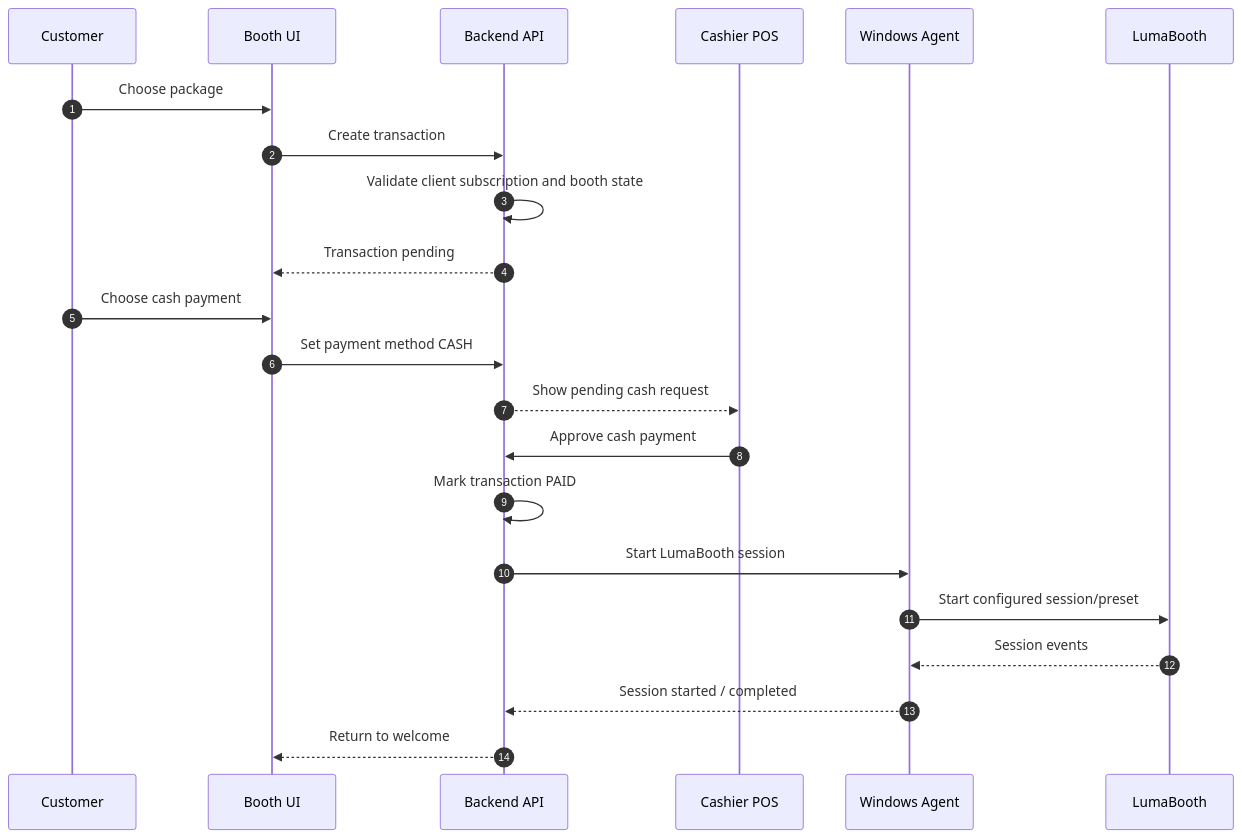
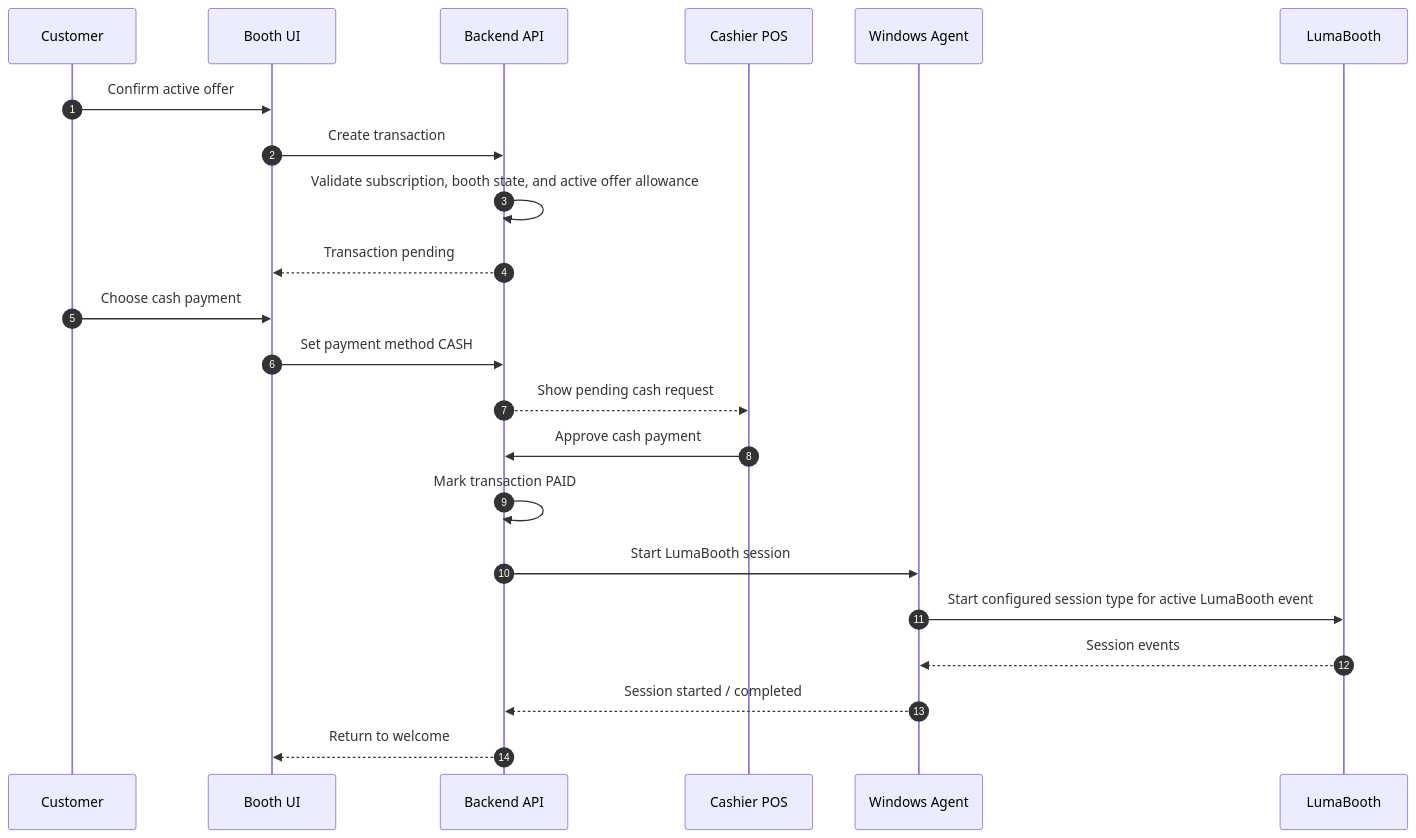
Before and after one commit to quinjan/PhotoBIZ: the third of 9 diagrams in docs/ARCHITECTURE.md, drawn with Mermaid. The commit also changed other lines of this file and 12 other files, not shown here.

````diff
--- a/docs/ARCHITECTURE.md
+++ b/docs/ARCHITECTURE.md
@@ -67,26 +67,26 @@
 ```mermaid
 sequenceDiagram
   autonumber
   participant C as Customer
   participant B as Booth UI
   participant API as Backend API
   participant POS as Cashier POS
   participant A as Windows Agent
   participant L as LumaBooth
 
-  C->>B: Choose package
+  C->>B: Confirm active offer
   B->>API: Create transaction
-  API->>API: Validate client subscription and booth state
+  API->>API: Validate subscription, booth state, and active offer allowance
   API-->>B: Transaction pending
   C->>B: Choose cash payment
   B->>API: Set payment method CASH
   API-->>POS: Show pending cash request
   POS->>API: Approve cash payment
 
   API->>API: Mark transaction PAID
   API->>A: Start LumaBooth session
-  A->>L: Start configured session/preset
+  A->>L: Start configured session type for active LumaBooth event
   L-->>A: Session events
   A-->>API: Session started / completed
   API-->>B: Return to welcome
 ```
````
